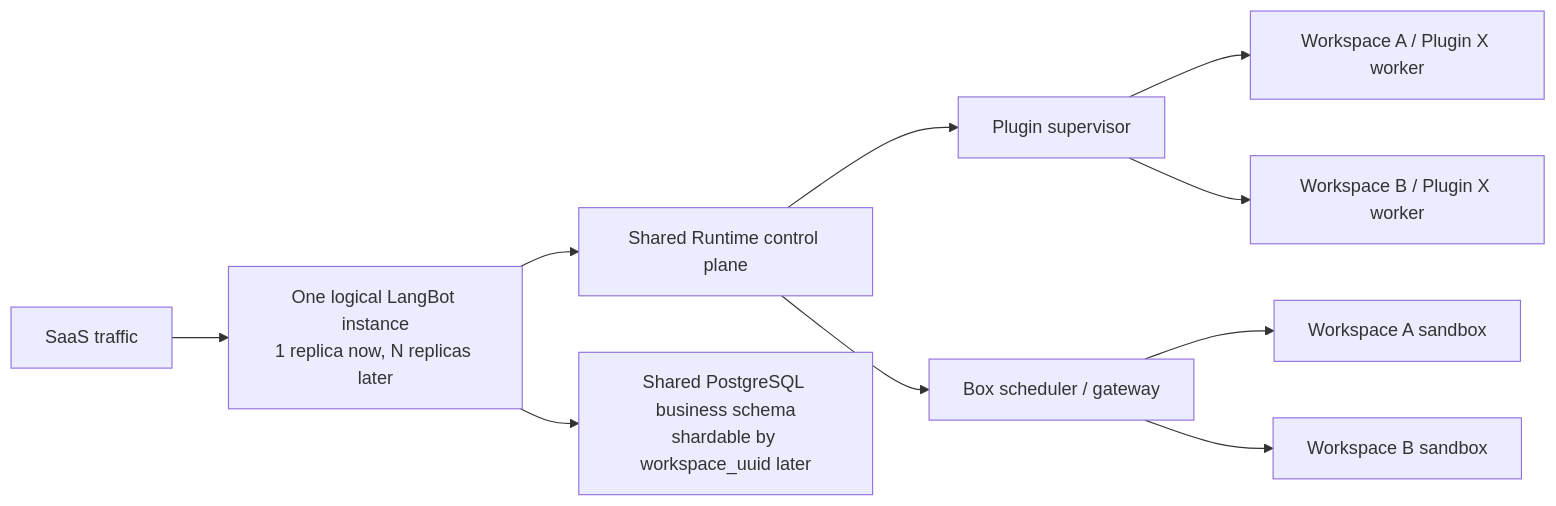
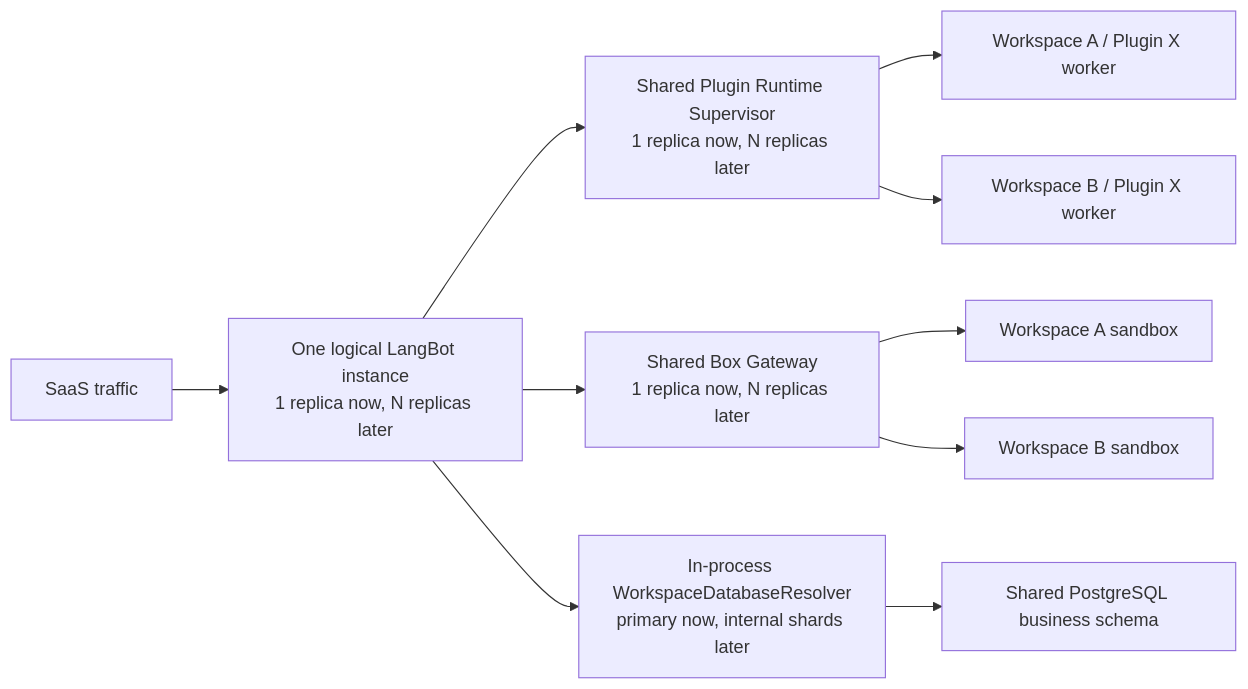
Before and after one commit to langbot-app/LangBot: the diagram in docs/multi-tenant/pending-architecture-decisions.md, drawn with Mermaid. The commit also changed other lines of this file, not shown here.

Commit message:
docs(tenancy): refine architecture options

````diff
--- a/docs/multi-tenant/pending-architecture-decisions.md
+++ b/docs/multi-tenant/pending-architecture-decisions.md
@@ -48,12 +48,12 @@
 ```mermaid
 flowchart LR
     Traffic["SaaS traffic"] --> Core["One logical LangBot instance<br/>1 replica now, N replicas later"]
-    Core --> Runtime["Shared Runtime control plane"]
-    Runtime --> PluginSupervisor["Plugin supervisor"]
-    Runtime --> BoxScheduler["Box scheduler / gateway"]
+    Core --> PluginSupervisor["Shared Plugin Runtime Supervisor<br/>1 replica now, N replicas later"]
+    Core --> BoxScheduler["Shared Box Gateway<br/>1 replica now, N replicas later"]
     PluginSupervisor --> PA["Workspace A / Plugin X worker"]
     PluginSupervisor --> PB["Workspace B / Plugin X worker"]
     BoxScheduler --> BA["Workspace A sandbox"]
     BoxScheduler --> BB["Workspace B sandbox"]
-    Core --> PG["Shared PostgreSQL business schema<br/>shardable by workspace_uuid later"]
+    Core --> Resolver["In-process WorkspaceDatabaseResolver<br/>primary now, internal shards later"]
+    Resolver --> PG["Shared PostgreSQL business schema"]
 ```
````
